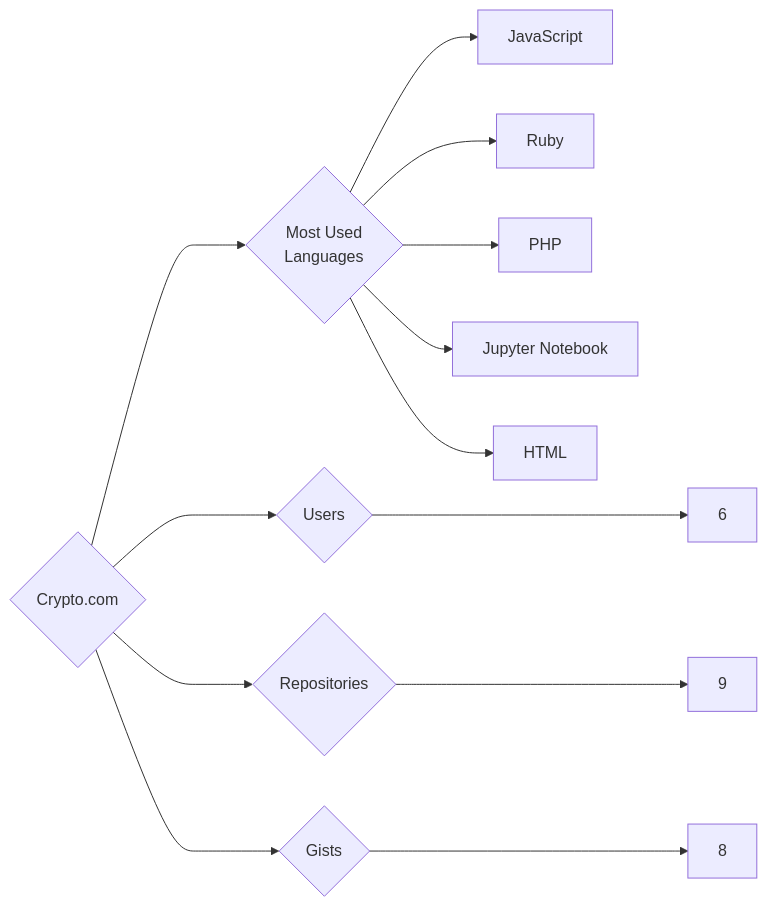
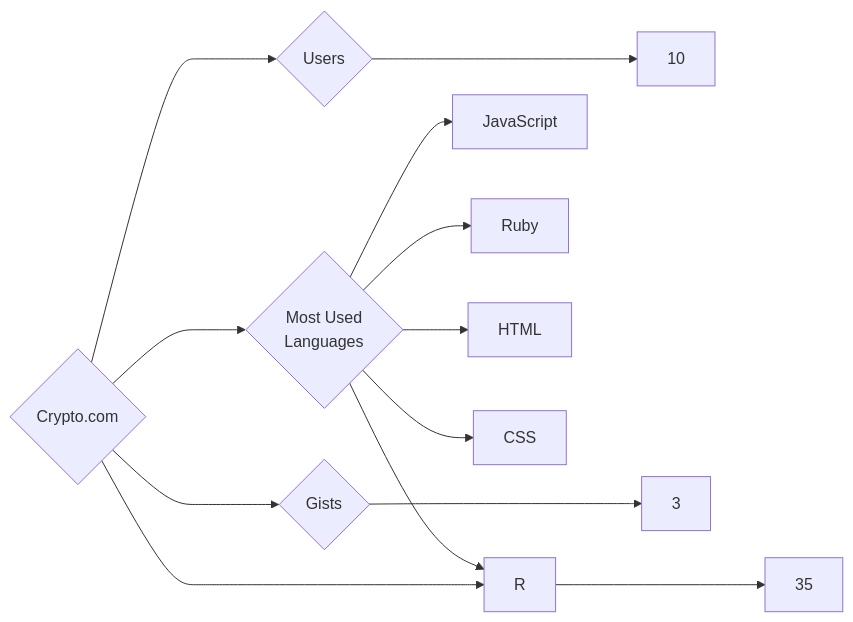
The diagram in targets/Crypto.com/README.md (trickest/insiders), drawn with Mermaid before and after one commit. The commit also changed 1166 other files, not shown here.

````diff
--- a/targets/Crypto.com/README.md
+++ b/targets/Crypto.com/README.md
@@ -3,13 +3,13 @@
 ```mermaid
 graph LR
 COMPANY_NAME{Crypto.com}
-COMPANY_NAME ---> U{Users} ---> UN[6]
-COMPANY_NAME ---> R{Repositories} ---> RN[9]
-COMPANY_NAME ---> G{Gists} ---> GN[8]
+COMPANY_NAME ---> U{Users} ---> UN[10]
+COMPANY_NAME ---> R{Repositories} ---> RN[35]
+COMPANY_NAME ---> G{Gists} ---> GN[3]
 COMPANY_NAME ---> ML{Most Used<br>Languages}
 ML --> JavaScript[JavaScript]
 ML --> Ruby[Ruby]
-ML --> PHP[PHP]
-ML --> Jupyter_Notebook[Jupyter Notebook]
 ML --> HTML[HTML]
+ML --> CSS[CSS]
+ML --> R[R]
 ```
````
